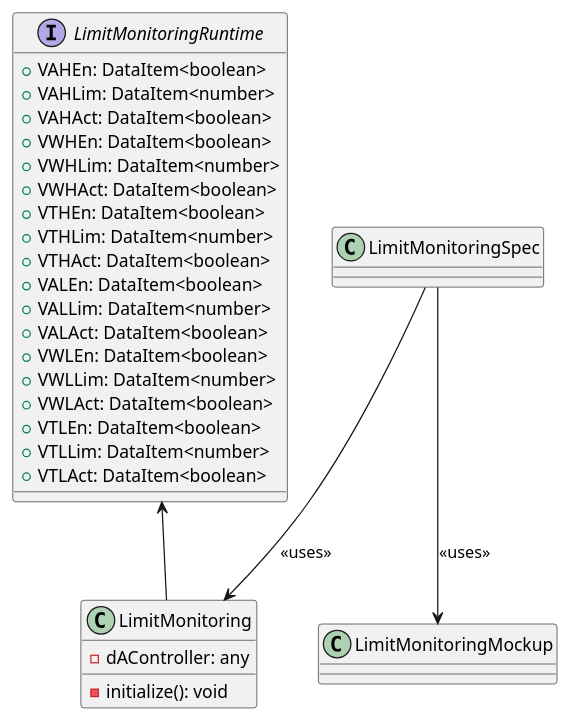
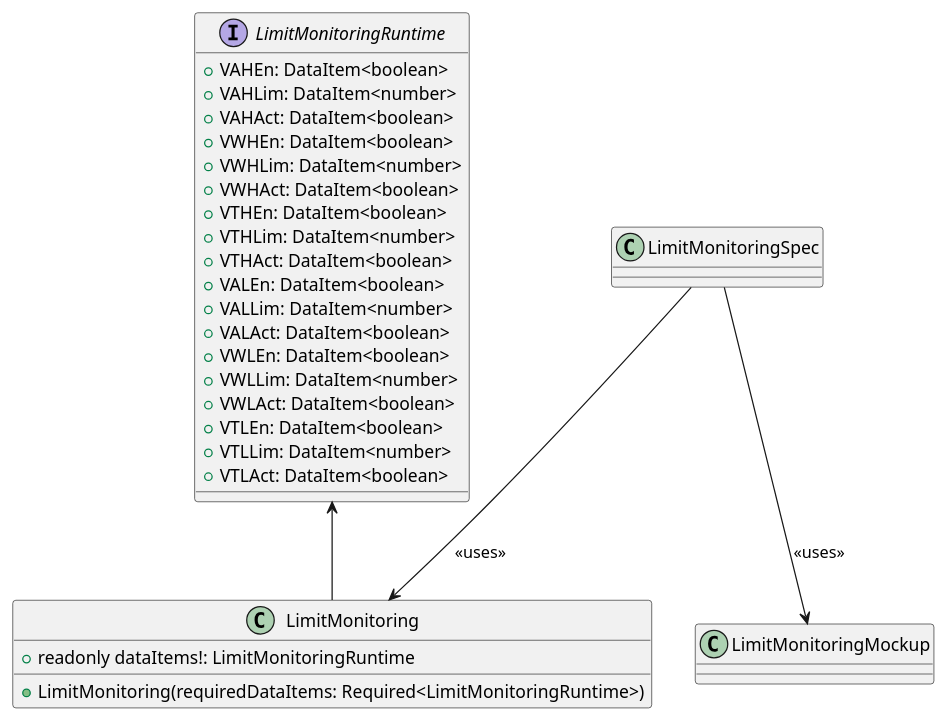
One commit to p2o-lab/polaris-backend changed the diagram in src/modularPlantManager/pea/dataAssembly/baseFunction/limitMonitoring/LimitMonitoring.puml. Above: the diagram before and after it, drawn with PlantUML. The commit also changed 12 other files, not shown here.

```diff
--- a/src/modularPlantManager/pea/dataAssembly/baseFunction/limitMonitoring/LimitMonitoring.puml
+++ b/src/modularPlantManager/pea/dataAssembly/baseFunction/limitMonitoring/LimitMonitoring.puml
@@ -26,33 +26,34 @@
 @startuml
 'https://plantuml.com/class-diagram
 
 interface LimitMonitoringRuntime {
 + VAHEn: DataItem<boolean>
 + VAHLim: DataItem<number>
 + VAHAct: DataItem<boolean>
 + VWHEn: DataItem<boolean>
 + VWHLim: DataItem<number>
 + VWHAct: DataItem<boolean>
 + VTHEn: DataItem<boolean>
 + VTHLim: DataItem<number>
 + VTHAct: DataItem<boolean>
 + VALEn: DataItem<boolean>
 + VALLim: DataItem<number>
 + VALAct: DataItem<boolean>
 + VWLEn: DataItem<boolean>
 + VWLLim: DataItem<number>
 + VWLAct: DataItem<boolean>
 + VTLEn: DataItem<boolean>
 + VTLLim: DataItem<number>
 + VTLAct: DataItem<boolean>
 }
 
 class LimitMonitoring{
-    - dAController: any
-    - initialize(): void
+   +  readonly dataItems!: LimitMonitoringRuntime
+
+   + LimitMonitoring(requiredDataItems: Required<LimitMonitoringRuntime>)
 }
 
 LimitMonitoringRuntime <-- LimitMonitoring
 LimitMonitoringSpec --> LimitMonitoring : <<uses>>
 LimitMonitoringSpec --> LimitMonitoringMockup : <<uses>>
 @enduml
```
